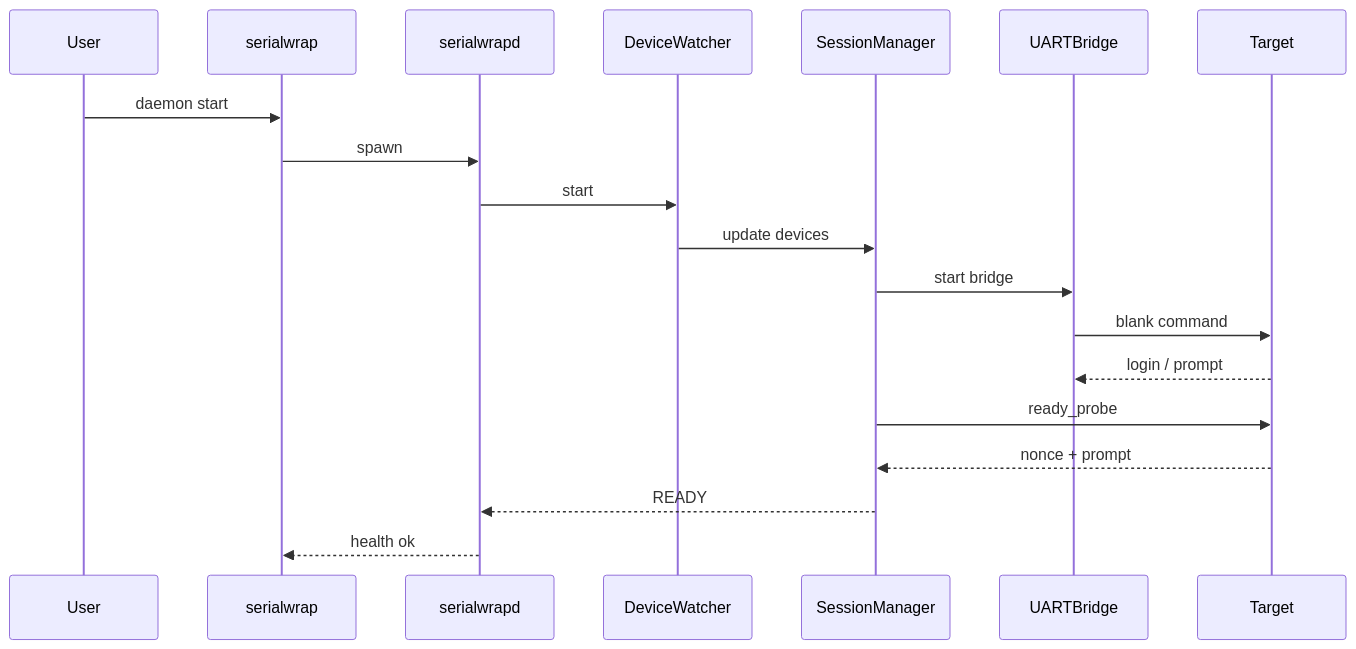
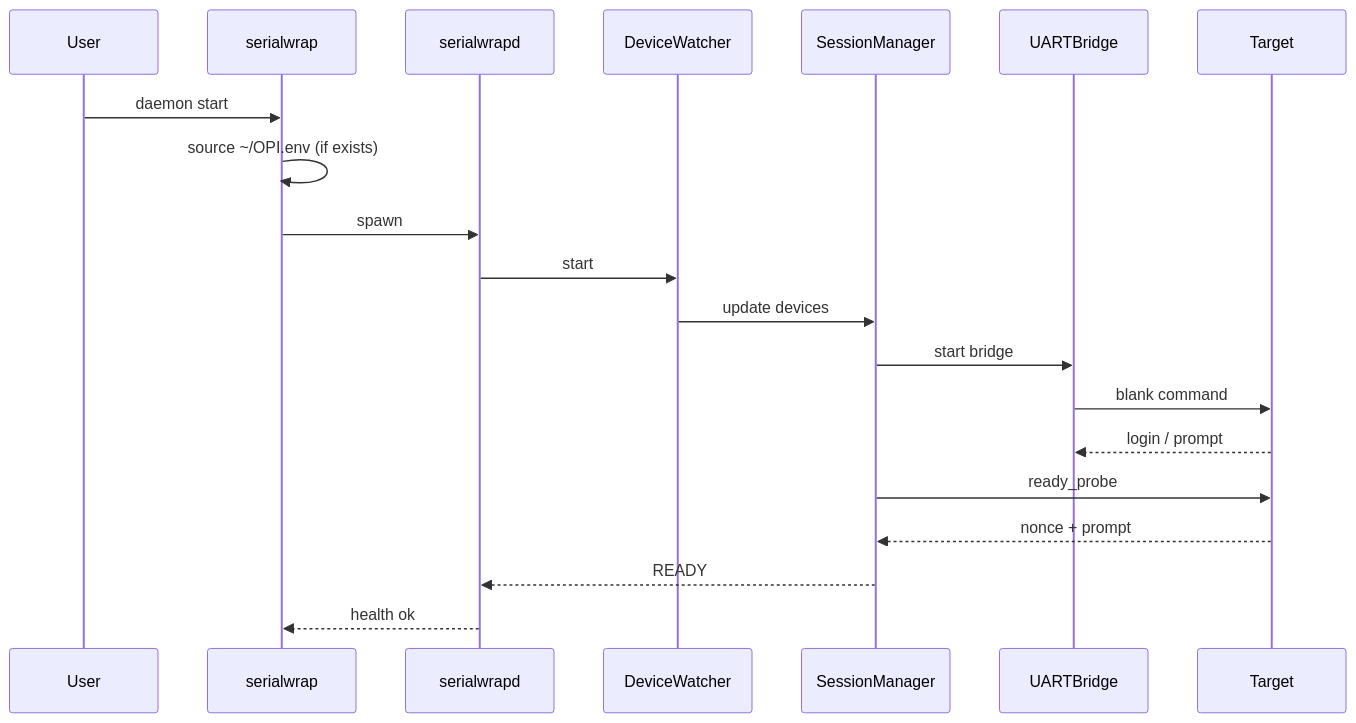
The second of 3 diagrams in docs/serialwrap-spec.md (hamanpaul/serialwrap), drawn with Mermaid before and after one commit. The commit also changed other lines of this file and 15 other files, not shown here.

````diff
--- a/docs/serialwrap-spec.md
+++ b/docs/serialwrap-spec.md
@@ -103,22 +104,23 @@
 ```mermaid
 sequenceDiagram
     participant User as User
     participant CLI as serialwrap
     participant D as serialwrapd
     participant W as DeviceWatcher
     participant S as SessionManager
     participant B as UARTBridge
     participant T as Target
 
     User->>CLI: daemon start
+    CLI->>CLI: source ~/OPI.env (if exists)
     CLI->>D: spawn
     D->>W: start
     W->>S: update devices
     S->>B: start bridge
     B->>T: blank command
     T-->>B: login / prompt
     S->>T: ready_probe
     T-->>S: nonce + prompt
     S-->>D: READY
     D-->>CLI: health ok
 ```
````
